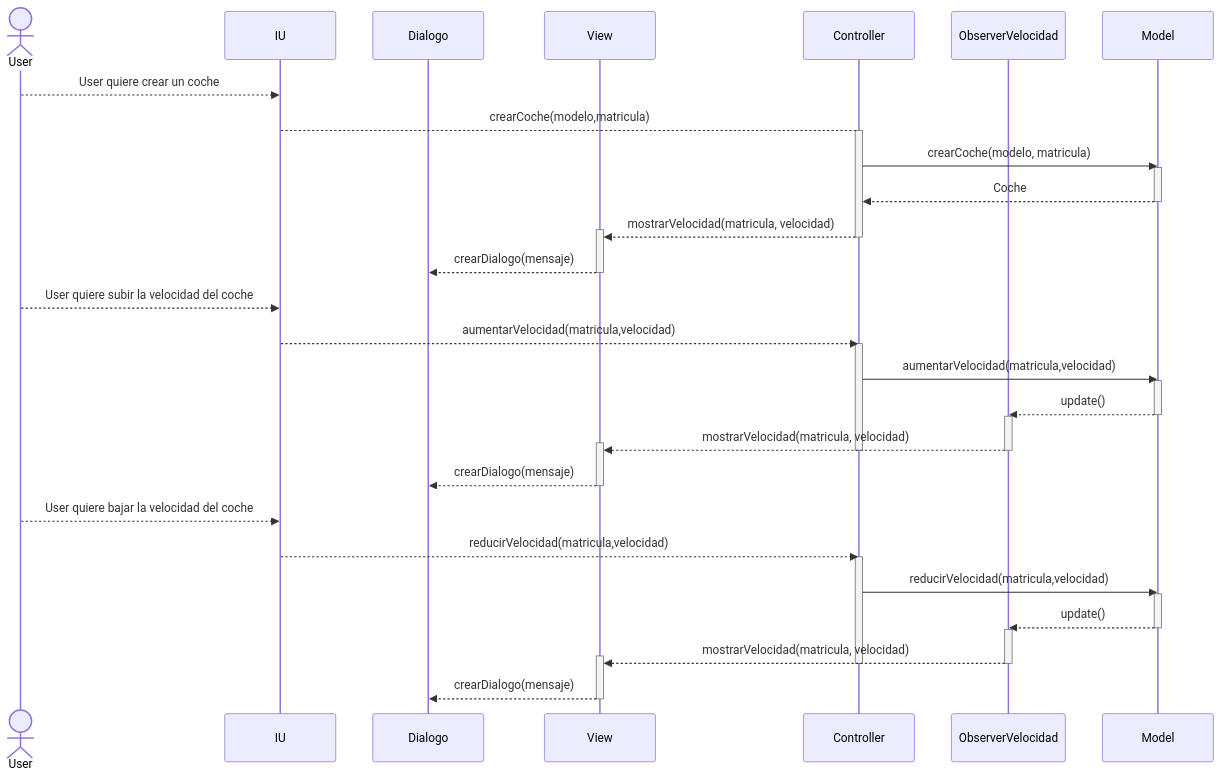
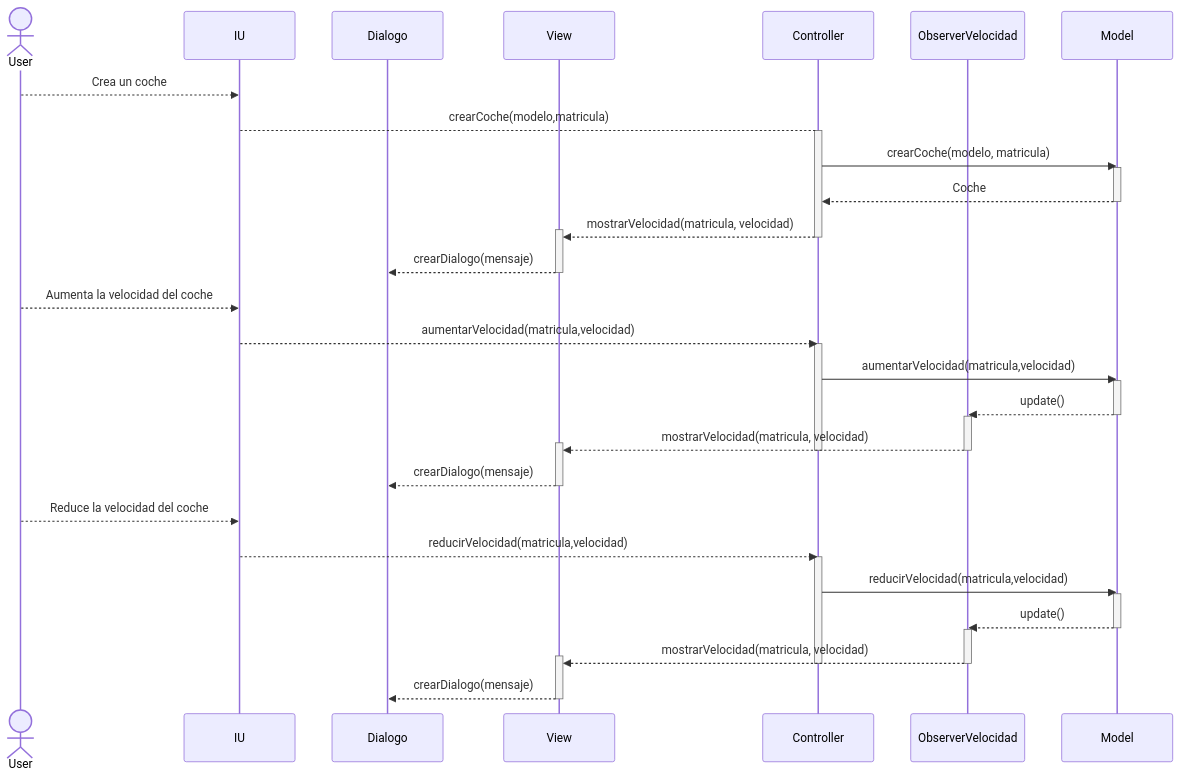
Before and after one commit to JorgeAmestoy/MVC_coches: the third of 4 diagrams in Readme.md, drawn with Mermaid. The commit also changed other lines of this file, not shown here.

Commit message:
Corrijo readme

````diff
--- a/Readme.md
+++ b/Readme.md
@@ -116,47 +116,47 @@
 ```mermaid
 sequenceDiagram
 actor User    
 participant IU
 participant Dialogo
 participant View
 participant Controller
 participant ObserverVelocidad
 participant Model
 
-    User-->>IU: User quiere crear un coche
+    User-->>IU: Crea un coche
     IU-->Controller: crearCoche(modelo,matricula)
     activate Controller
     Controller->>Model: crearCoche(modelo, matricula)
     activate Model
     Model-->>Controller: Coche
     deactivate Model
     Controller-->>+View: mostrarVelocidad(matricula, velocidad)
     deactivate Controller
     View-->>-Dialogo: crearDialogo(mensaje)
     
-    User-->>IU: User quiere subir la velocidad del coche
+    User-->>IU: Aumenta la velocidad del coche
     IU-->>Controller: aumentarVelocidad(matricula,velocidad)
     activate Controller
     Controller->>Model: aumentarVelocidad(matricula,velocidad)
     activate Model
     Model-->>ObserverVelocidad: update()
     deactivate Model
     activate ObserverVelocidad
     ObserverVelocidad-->>+View: mostrarVelocidad(matricula, velocidad)
     deactivate ObserverVelocidad
     deactivate Controller
     View-->>-Dialogo: crearDialogo(mensaje)
     
-    User-->>IU: User quiere bajar la velocidad del coche
+    User-->>IU: Reduce la velocidad del coche
     IU-->>Controller: reducirVelocidad(matricula,velocidad)
     activate Controller
     Controller->>Model: reducirVelocidad(matricula,velocidad)
     activate Model
     Model-->>ObserverVelocidad: update()
     deactivate Model
     activate ObserverVelocidad
     ObserverVelocidad-->>+View: mostrarVelocidad(matricula, velocidad)
     deactivate ObserverVelocidad
     deactivate Controller
     View-->>-Dialogo: crearDialogo(mensaje)
 ```
````
